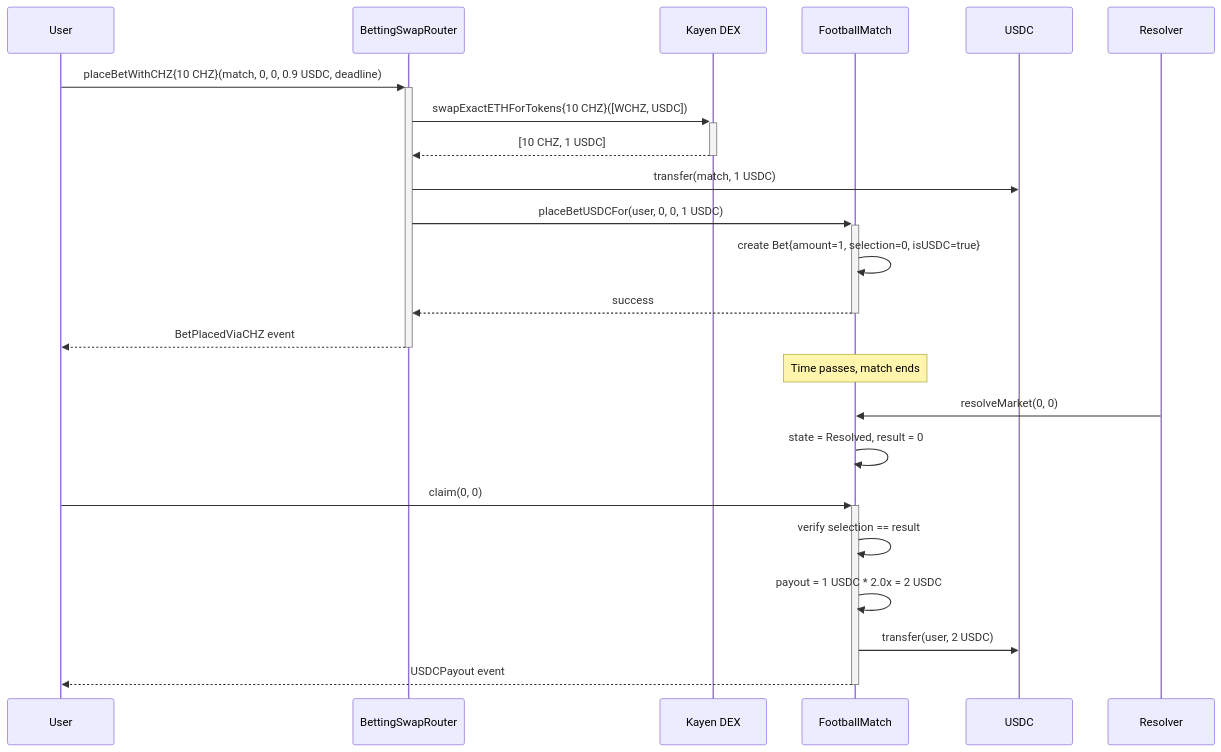
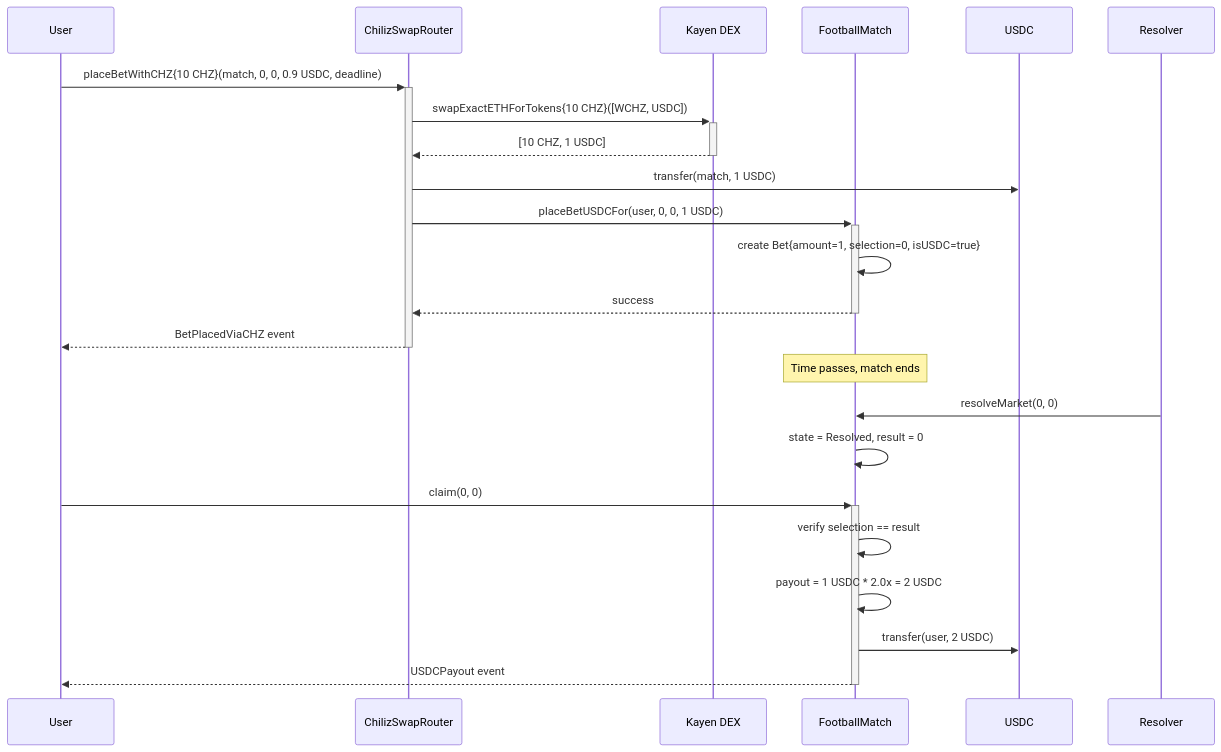
Before and after one commit to ChilizTV/smart-contracts: the second of 3 diagrams in chiliz-tv/AUDIT_REPORT.md, drawn with Mermaid. The commit also changed other lines of this file and 13 other files, not shown here.

````diff
--- a/chiliz-tv/AUDIT_REPORT.md
+++ b/chiliz-tv/AUDIT_REPORT.md
@@ -169,28 +174,28 @@
 ```mermaid
 sequenceDiagram
     participant User
-    participant SwapRouter as BettingSwapRouter
+    participant SwapRouter as ChilizSwapRouter
     participant Kayen as Kayen DEX
     participant Match as FootballMatch
     participant USDC
     
     User->>+SwapRouter: placeBetWithCHZ{10 CHZ}(match, 0, 0, 0.9 USDC, deadline)
     SwapRouter->>+Kayen: swapExactETHForTokens{10 CHZ}([WCHZ, USDC])
     Kayen-->>-SwapRouter: [10 CHZ, 1 USDC]
     SwapRouter->>USDC: transfer(match, 1 USDC)
     SwapRouter->>+Match: placeBetUSDCFor(user, 0, 0, 1 USDC)
     Match->>Match: create Bet{amount=1, selection=0, isUSDC=true}
     Match-->>-SwapRouter: success
     SwapRouter-->>-User: BetPlacedViaCHZ event
     
     Note over Match: Time passes, match ends
     
     Resolver->>Match: resolveMarket(0, 0)
     Match->>Match: state = Resolved, result = 0
     
     User->>+Match: claim(0, 0)
     Match->>Match: verify selection == result
     Match->>Match: payout = 1 USDC * 2.0x = 2 USDC
     Match->>USDC: transfer(user, 2 USDC)
     Match-->>-User: USDCPayout event
 ```
````
